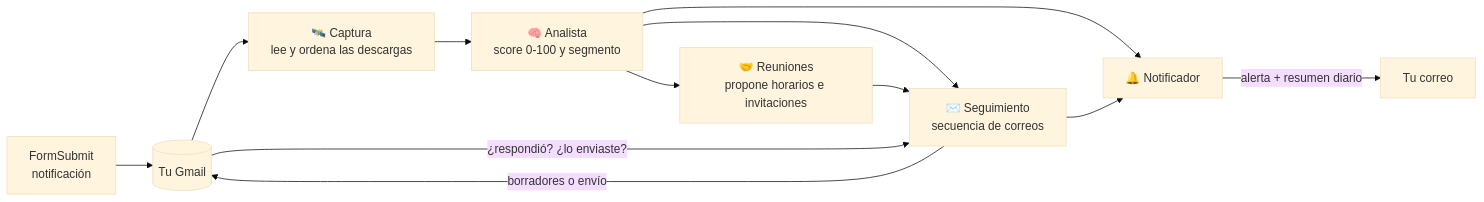
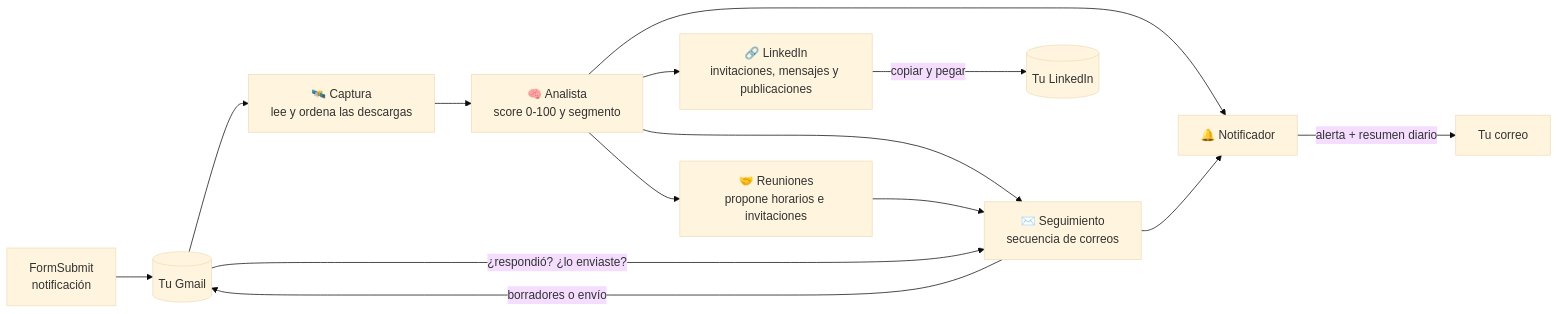
One commit to solid0072704/copahue changed the diagram in README.md. Above: the diagram before and after it, drawn with Mermaid (base theme). The commit also changed other lines of this file and 16 other files, not shown here.

````diff
--- a/README.md
+++ b/README.md
@@ -17,14 +17,16 @@
 ```mermaid
 flowchart LR
     F[FormSubmit<br/>notificación] --> G[(Tu Gmail)]
     G --> C[🛰️ Captura<br/>lee y ordena las descargas]
     C --> A[🧠 Analista<br/>score 0-100 y segmento]
     A --> R[🤝 Reuniones<br/>propone horarios e invitaciones]
     A --> S[✉️ Seguimiento<br/>secuencia de correos]
     R --> S
     S -->|borradores o envío| G
     G -->|¿respondió? ¿lo enviaste?| S
+    A --> L[🔗 LinkedIn<br/>invitaciones, mensajes y publicaciones]
+    L -->|copiar y pegar| LI[(Tu LinkedIn)]
     A --> N[🔔 Notificador]
     S --> N
     N -->|alerta + resumen diario| Y[Tu correo]
 ```
````
